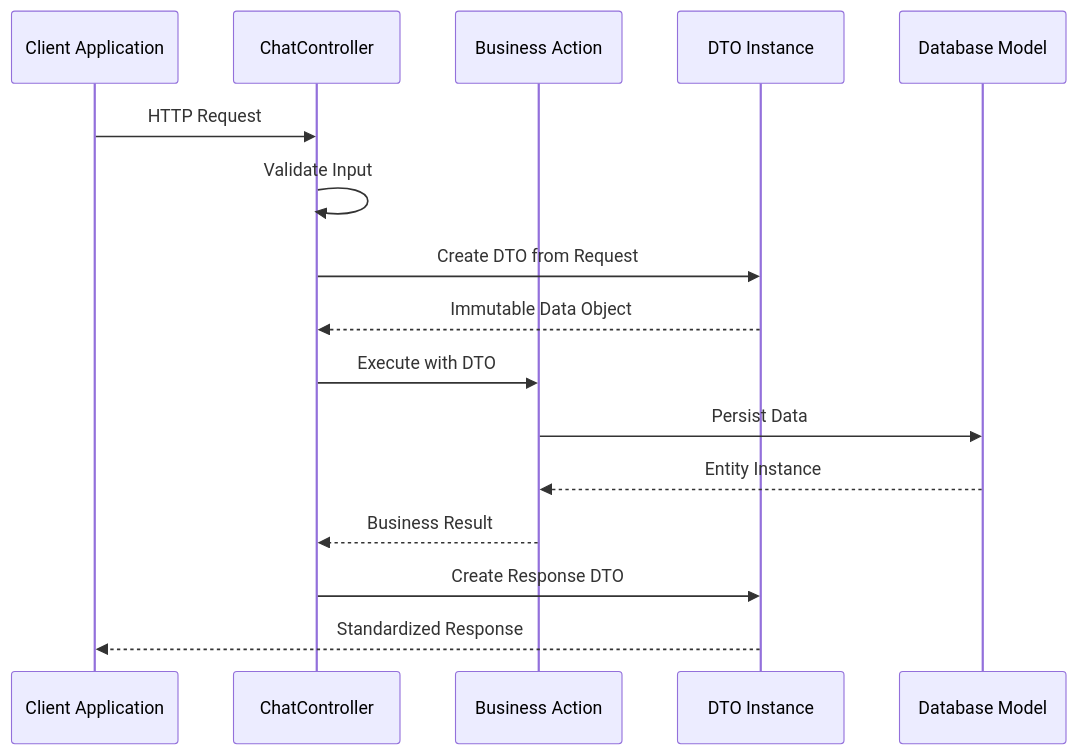
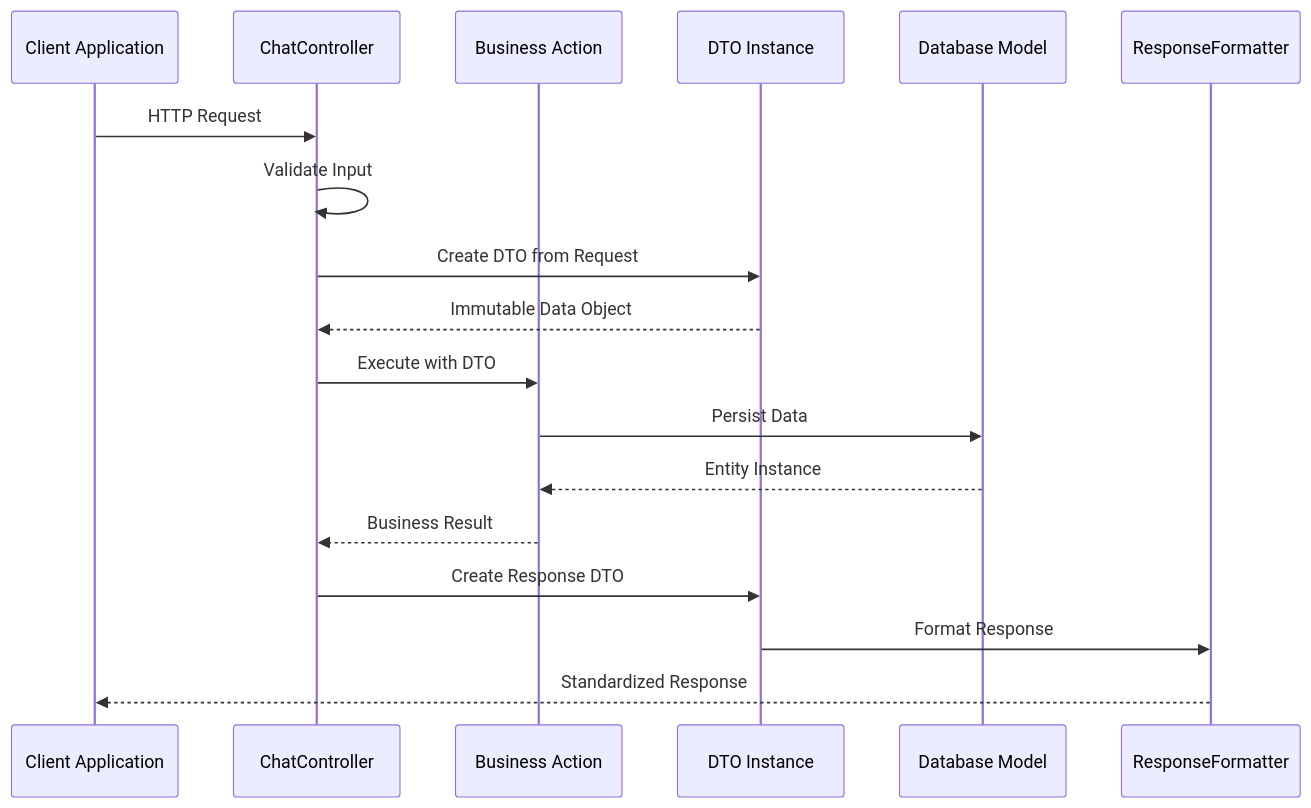
Before and after one commit to siimliimand/laravel-assistant: the second of 12 diagrams in .qoder/repowiki/en/content/Data Transfer Objects Specification.md, drawn with Mermaid. The commit also changed other lines of this file and 8 other files, not shown here.

First line of the commit message:
docs(actions): add PrepareChatViewAction and update architecture docs

````diff
--- a/.qoder/repowiki/en/content/Data Transfer Objects Specification.md
+++ b/.qoder/repowiki/en/content/Data Transfer Objects Specification.md
@@ -105,18 +129,20 @@
 ```mermaid
 sequenceDiagram
 participant Client as Client Application
 participant Controller as ChatController
 participant Action as Business Action
 participant DTO as DTO Instance
 participant Model as Database Model
+participant ResponseFormatter as ResponseFormatter
 Client->>Controller : HTTP Request
 Controller->>Controller : Validate Input
 Controller->>DTO : Create DTO from Request
 DTO-->>Controller : Immutable Data Object
 Controller->>Action : Execute with DTO
 Action->>Model : Persist Data
 Model-->>Action : Entity Instance
 Action-->>Controller : Business Result
 Controller->>DTO : Create Response DTO
-DTO-->>Client : Standardized Response
+DTO->>ResponseFormatter : Format Response
+ResponseFormatter-->>Client : Standardized Response
 ```
````
